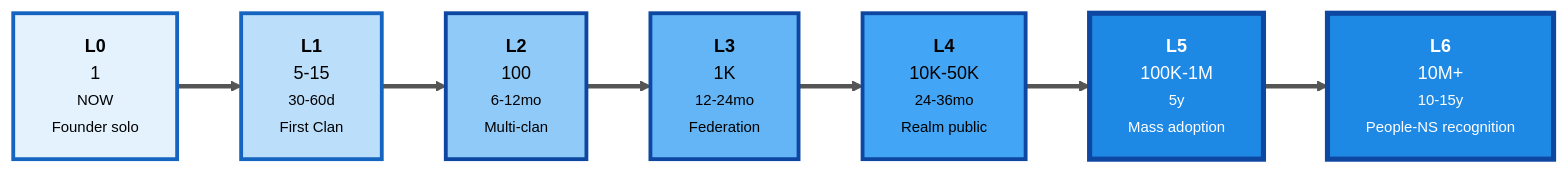
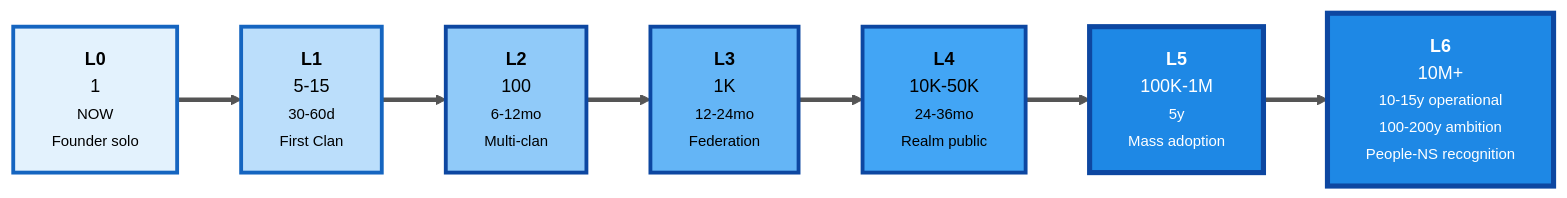
The third of 3 diagrams in decisions/JETIX-FIRST-CLAN-CHARTER-2026-05-12.md (Bogersebekov/jetix-os), drawn with Mermaid before and after one commit. The commit also changed other lines of this file and 1 other file, not shown here.

````diff
--- a/decisions/JETIX-FIRST-CLAN-CHARTER-2026-05-12.md
+++ b/decisions/JETIX-FIRST-CLAN-CHARTER-2026-05-12.md
@@ -444,20 +494,20 @@
 ```mermaid
 %%{init: {'theme':'base', 'themeVariables': {'primaryColor':'#fff8e1', 'primaryTextColor':'#000', 'primaryBorderColor':'#f57c00', 'lineColor':'#555', 'fontFamily':'Inter, system-ui, sans-serif', 'fontSize':'14px'}}}%%
 flowchart LR
     L0["<b>L0</b><br/>1<br/><small>NOW<br/>Founder solo</small>"]:::ladder_l0
     L1["<b>L1</b><br/>5-15<br/><small>30-60d<br/>First Clan</small>"]:::ladder_l1
     L2["<b>L2</b><br/>100<br/><small>6-12mo<br/>Multi-clan</small>"]:::ladder_l2
     L3["<b>L3</b><br/>1K<br/><small>12-24mo<br/>Federation</small>"]:::ladder_l3
     L4["<b>L4</b><br/>10K-50K<br/><small>24-36mo<br/>Realm public</small>"]:::ladder_l4
     L5["<b>L5</b><br/>100K-1M<br/><small>5y<br/>Mass adoption</small>"]:::ladder_l5
-    L6["<b>L6</b><br/>10M+<br/><small>10-15y<br/>People-NS recognition</small>"]:::ladder_l5
+    L6["<b>L6</b><br/>10M+<br/><small>10-15y operational<br/>100-200y ambition<br/>People-NS recognition</small>"]:::ladder_l5
 
     L0 ==> L1 ==> L2 ==> L3 ==> L4 ==> L5 ==> L6
 
     classDef ladder_l0 fill:#e3f2fd,stroke:#1565c0,stroke-width:3px,color:#000
     classDef ladder_l1 fill:#bbdefb,stroke:#1565c0,stroke-width:3px,color:#000
     classDef ladder_l2 fill:#90caf9,stroke:#0d47a1,stroke-width:3px,color:#000
     classDef ladder_l3 fill:#64b5f6,stroke:#0d47a1,stroke-width:3px,color:#000
     classDef ladder_l4 fill:#42a5f5,stroke:#0d47a1,stroke-width:3px,color:#000
     classDef ladder_l5 fill:#1e88e5,stroke:#0d47a1,stroke-width:4px,color:#fff
 ```
````
